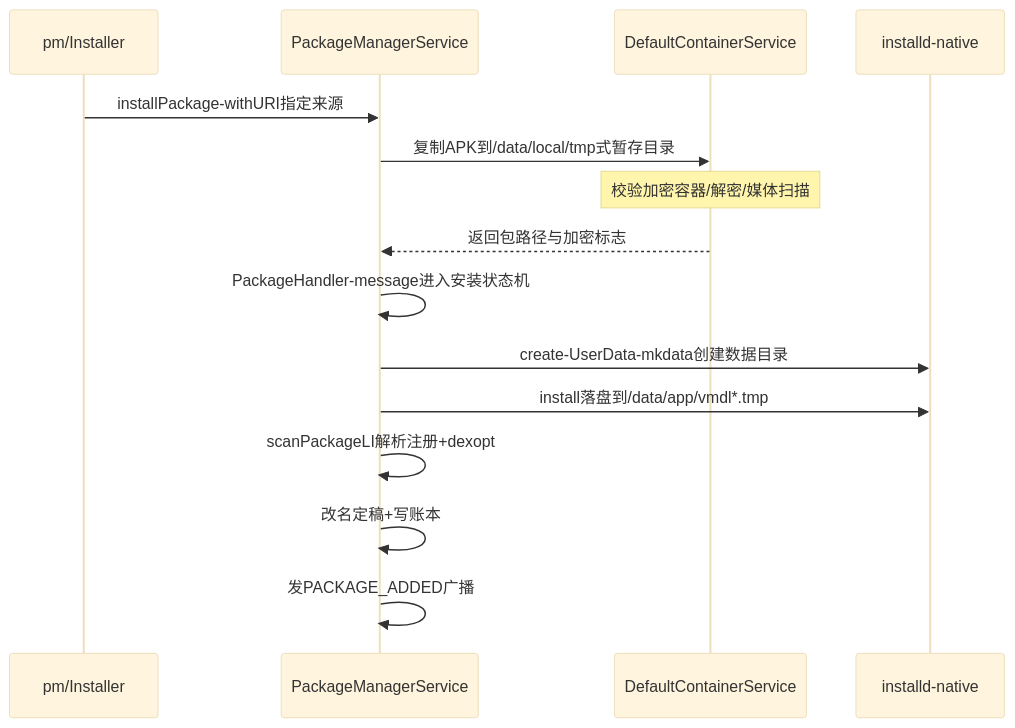
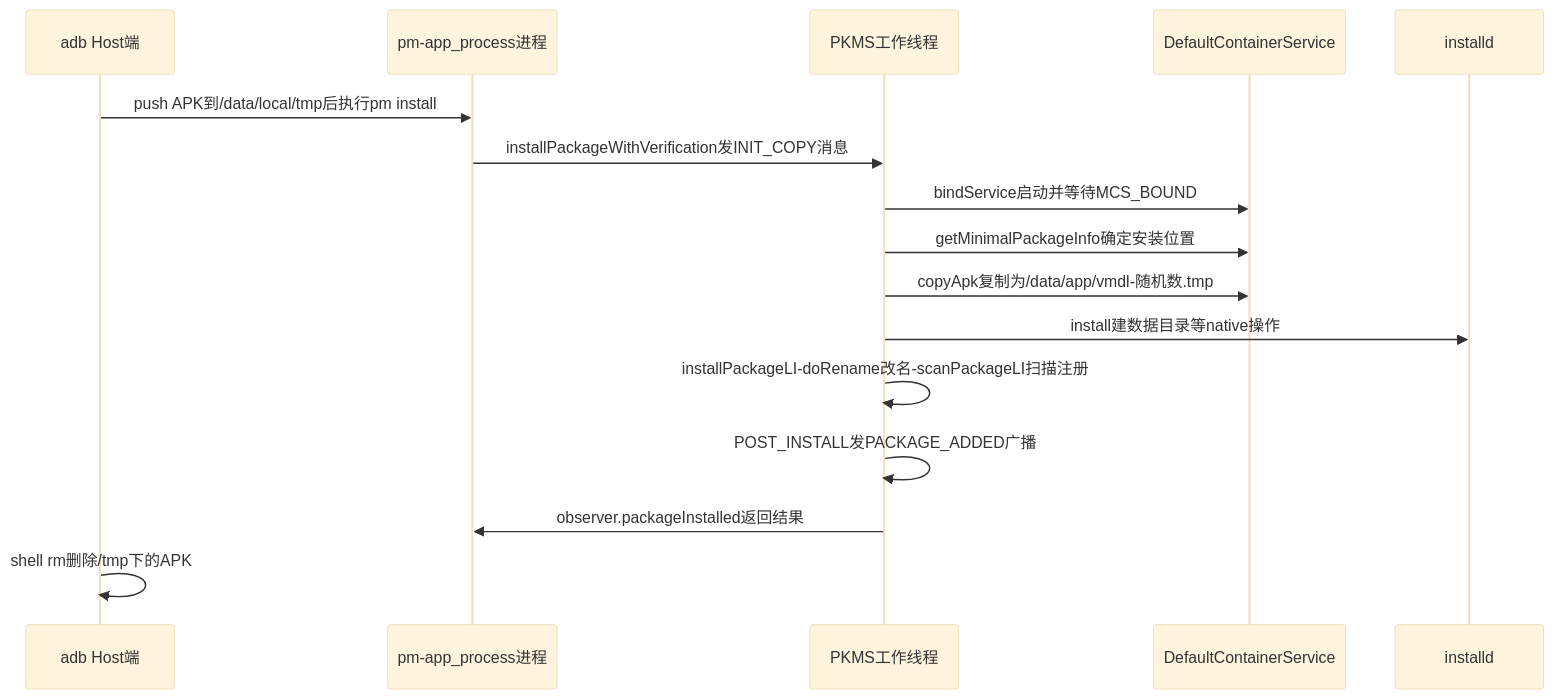
Before and after one commit to coswit/coswit.github.io: the fifth of 5 diagrams in Android/深入理解Android卷II/03-深入理解PackageManagerService.md, drawn with Mermaid (base theme). The commit also changed other lines of this file and 7 other files, not shown here.

````diff
--- a/Android/深入理解Android卷II/03-深入理解PackageManagerService.md
+++ b/Android/深入理解Android卷II/03-深入理解PackageManagerService.md
@@ -79,17 +1266,18 @@
 ```mermaid
 sequenceDiagram
-    participant U as pm/Installer
-    participant PMS as PackageManagerService
+    participant Host as adb Host端
+    participant Pm as pm-app_process进程
+    participant PKMS as PKMS工作线程
     participant DCS as DefaultContainerService
-    participant I as installd-native
-    U->>PMS: installPackage-withURI指定来源
-    PMS->>DCS: 复制APK到/data/local/tmp式暂存目录
-    Note over DCS: 校验加密容器/解密/媒体扫描
-    DCS-->>PMS: 返回包路径与加密标志
-    PMS->>PMS: PackageHandler-message进入安装状态机
-    PMS->>I: create-UserData-mkdata创建数据目录
-    PMS->>I: install落盘到/data/app/vmdl*.tmp
-    PMS->>PMS: scanPackageLI解析注册+dexopt
-    PMS->>PMS: 改名定稿+写账本
-    PMS->>PMS: 发PACKAGE_ADDED广播
+    participant Id as installd
+    Host->>Pm: push APK到/data/local/tmp后执行pm install
+    Pm->>PKMS: installPackageWithVerification发INIT_COPY消息
+    PKMS->>DCS: bindService启动并等待MCS_BOUND
+    PKMS->>DCS: getMinimalPackageInfo确定安装位置
+    PKMS->>DCS: copyApk复制为/data/app/vmdl-随机数.tmp
+    PKMS->>Id: install建数据目录等native操作
+    PKMS->>PKMS: installPackageLI-doRename改名-scanPackageLI扫描注册
+    PKMS->>PKMS: POST_INSTALL发PACKAGE_ADDED广播
+    PKMS->>Pm: observer.packageInstalled返回结果
+    Host->>Host: shell rm删除/tmp下的APK
 ```
````
